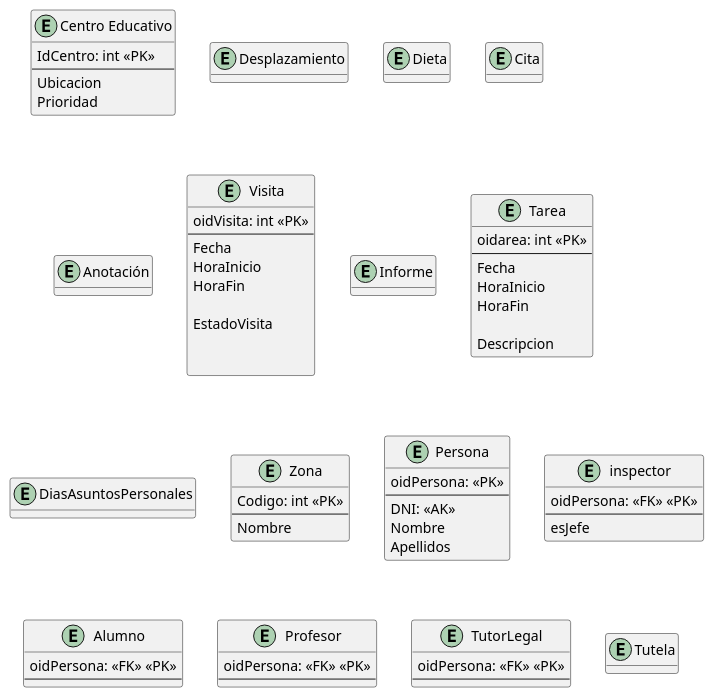
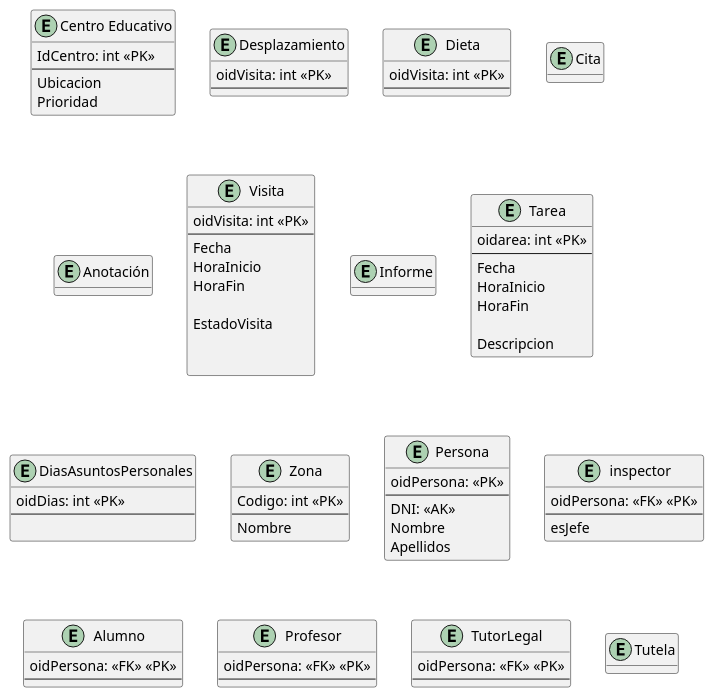
The diagram in modelado/modelado_relacional.puml (javiporti/ProyectoBD_Inspeccion_Educativa), drawn with PlantUML before and after one commit.

Commit message:
Añade claves para Desplazaamientos, Dietas y Dias

```diff
--- a/modelado/modelado_relacional.puml
+++ b/modelado/modelado_relacional.puml
@@ -1,99 +1,103 @@
 @startuml modelado_conceptual
 hide methods
 skinparam ClassAttributeIconSize 0
 
 
 entity "Centro Educativo" as CentroEducativo {
     IdCentro: int <<PK>>
     --
     Ubicacion
     Prioridad
 }
 
 entity Desplazamiento {
-
+    oidVisita: int <<PK>>
+    --
 }
 
 entity Dieta {
-
+    oidVisita: int <<PK>>
+    --
 }
 
 entity Cita {
 
 }
 
 entity Anotación {
 
 }
 
 
 
 entity Visita {
     oidVisita: int <<PK>>
     --
     Fecha
     HoraInicio
     HoraFin
 
     EstadoVisita
 
 
 }
 
 entity Informe {
 
 }
 
 entity Tarea {
     oidarea: int <<PK>>
     --
     Fecha
     HoraInicio
     HoraFin
 
     Descripcion
 }
 
 entity DiasAsuntosPersonales {
-
+    oidDias: int <<PK>>
+    --
+    
 }
 
 entity Zona {
     Codigo: int <<PK>>
     --
     Nombre
 }
 
 entity Persona {
     oidPersona: <<PK>>
     --
     DNI: <<AK>>
     Nombre
     Apellidos
 }
 
 entity inspector {
     oidPersona: <<FK>> <<PK>>
     --
     esJefe
 }
 entity Alumno {
     oidPersona: <<FK>> <<PK>>
     --
 }
 
 entity Profesor {
     oidPersona: <<FK>> <<PK>>
     --
 }
 
 entity TutorLegal {
     oidPersona: <<FK>> <<PK>>
     --
 }
 
 entity Tutela {
 
 }
 
 @enduml
```
